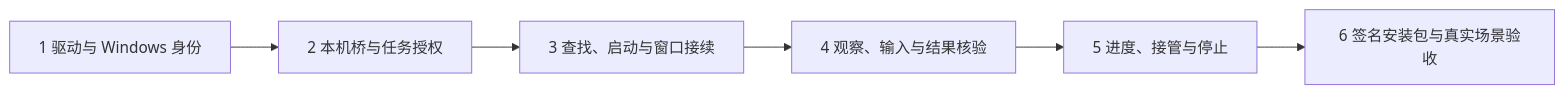
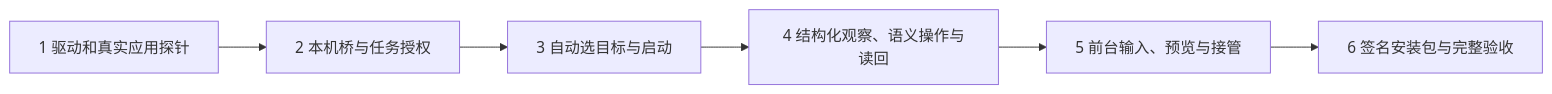
Before and after one commit to rzx007/Vykor: the diagram in docs/superpowers/plans/2026-11-22-windows-computer-use-integration.md, drawn with Mermaid. The commit also changed other lines of this file and 171 other files, not shown here.

````diff
--- a/docs/superpowers/plans/2026-11-22-windows-computer-use-integration.md
+++ b/docs/superpowers/plans/2026-11-22-windows-computer-use-integration.md
@@ -29,8 +31,8 @@
 ```mermaid
 flowchart LR
-  A["1 驱动与 Windows 身份"] --> B["2 本机桥与任务授权"]
-  B --> C["3 查找、启动与窗口接续"]
-  C --> D["4 观察、输入与结果核验"]
-  D --> E["5 进度、接管与停止"]
-  E --> F["6 签名安装包与真实场景验收"]
+  A["1 驱动和真实应用探针"] --> B["2 本机桥与任务授权"]
+  B --> C["3 自动选目标与启动"]
+  C --> D["4 结构化观察、语义操作与读回"]
+  D --> E["5 前台输入、预览与接管"]
+  E --> F["6 签名安装包与完整验收"]
 ```
````
